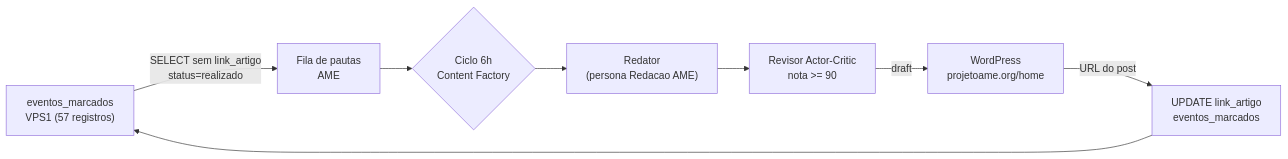
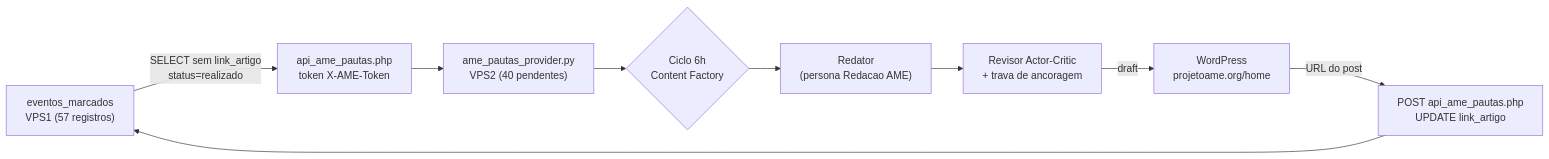
Before and after one commit to pauloaddair/projetoame: the diagram in PLANO_ESTEIRA_COBERTURA_BLOG_AME.md, drawn with Mermaid. The commit also changed other lines of this file and 4 other files, not shown here.

First line of the commit message:
feat(blog): esteira de cobertura por atividade + correcao do link_artigo

````diff
--- a/PLANO_ESTEIRA_COBERTURA_BLOG_AME.md
+++ b/PLANO_ESTEIRA_COBERTURA_BLOG_AME.md
@@ -41,10 +53,11 @@
 ```mermaid
 flowchart LR
-    A["eventos_marcados<br/>VPS1 (57 registros)"] -->|SELECT sem link_artigo<br/>status=realizado| B["Fila de pautas<br/>AME"]
-    B --> C{"Ciclo 6h<br/>Content Factory"}
-    C --> D["Redator<br/>(persona Redacao AME)"]
-    D --> E["Revisor Actor-Critic<br/>nota >= 90"]
-    E -->|draft| F["WordPress<br/>projetoame.org/home"]
-    F -->|URL do post| G["UPDATE link_artigo<br/>eventos_marcados"]
-    G --> A
+    A["eventos_marcados<br/>VPS1 (57 registros)"] -->|SELECT sem link_artigo<br/>status=realizado| B["api_ame_pautas.php<br/>token X-AME-Token"]
+    B --> C["ame_pautas_provider.py<br/>VPS2 (40 pendentes)"]
+    C --> D{"Ciclo 6h<br/>Content Factory"}
+    D --> E["Redator<br/>(persona Redacao AME)"]
+    E --> F["Revisor Actor-Critic<br/>+ trava de ancoragem"]
+    F -->|draft| G["WordPress<br/>projetoame.org/home"]
+    G -->|URL do post| H["POST api_ame_pautas.php<br/>UPDATE link_artigo"]
+    H --> A
 ```
````
